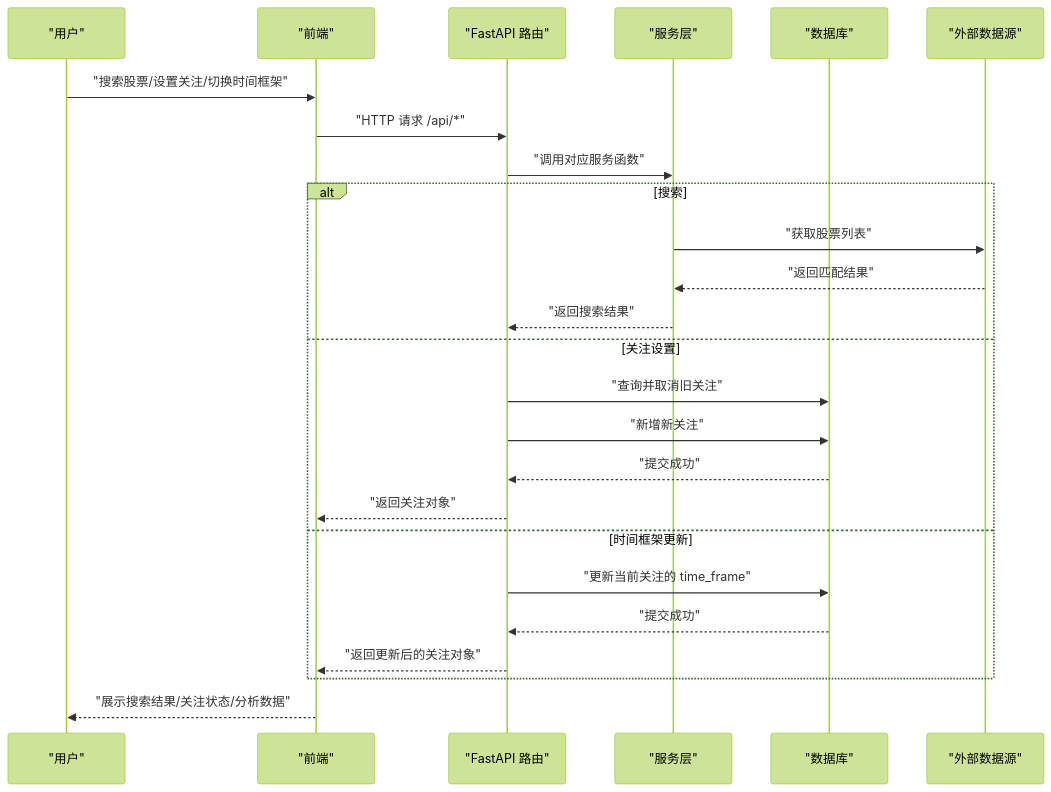
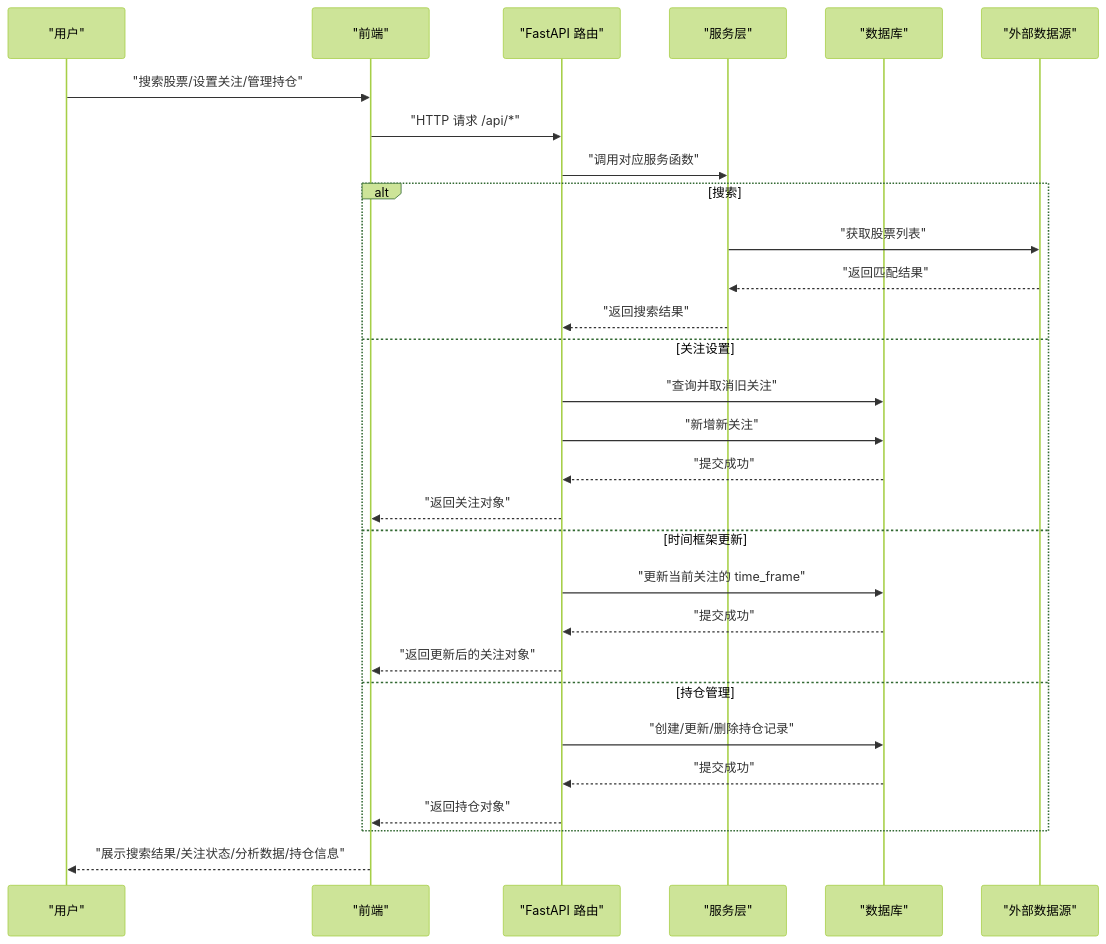
One commit to Moruime/stock_foker changed the second of 9 diagrams in .qoder/repowiki/zh/content/核心功能/股票关注管理.md. Above: the diagram before and after it, drawn with Mermaid (forest theme). The commit also changed other lines of this file and 52 other files, not shown here.

````diff
--- a/.qoder/repowiki/zh/content/核心功能/股票关注管理.md
+++ b/.qoder/repowiki/zh/content/核心功能/股票关注管理.md
@@ -140,27 +111,31 @@
 ```mermaid
 sequenceDiagram
 participant U as "用户"
 participant FE as "前端"
 participant API as "FastAPI 路由"
 participant SVC as "服务层"
 participant DB as "数据库"
 participant EX as "外部数据源"
-U->>FE : "搜索股票/设置关注/切换时间框架"
+U->>FE : "搜索股票/设置关注/管理持仓"
 FE->>API : "HTTP 请求 /api/*"
 API->>SVC : "调用对应服务函数"
 alt 搜索
 SVC->>EX : "获取股票列表"
 EX-->>SVC : "返回匹配结果"
 SVC-->>API : "返回搜索结果"
 else 关注设置
 API->>DB : "查询并取消旧关注"
 API->>DB : "新增新关注"
 DB-->>API : "提交成功"
 API-->>FE : "返回关注对象"
 else 时间框架更新
 API->>DB : "更新当前关注的 time_frame"
 DB-->>API : "提交成功"
 API-->>FE : "返回更新后的关注对象"
+else 持仓管理
+API->>DB : "创建/更新/删除持仓记录"
+DB-->>API : "提交成功"
+API-->>FE : "返回持仓对象"
 end
-FE-->>U : "展示搜索结果/关注状态/分析数据"
+FE-->>U : "展示搜索结果/关注状态/分析数据/持仓信息"
 ```
````
